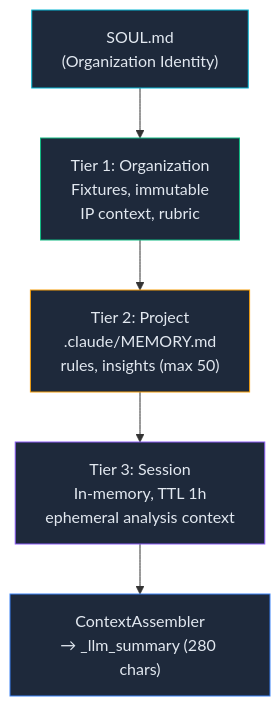
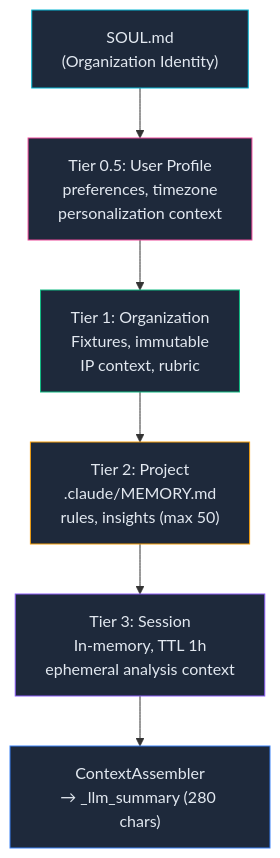
The ninth of 12 diagrams in README.md (mangowhoiscloud/geode), drawn with Mermaid before and after one commit. The commit also changed other lines of this file, not shown here.

Commit message:
docs: README Highlights 보강 + Mermaid 정합성 수정 (42 tools, 4-tier memory, Token Guard unlimited)

````diff
--- a/README.md
+++ b/README.md
@@ -357,13 +403,15 @@
 ```mermaid
 graph TB
-    Soul["SOUL.md<br/>(Organization Identity)"] --> Org["Tier 1: Organization<br/>Fixtures, immutable<br/>IP context, rubric"]
+    Soul["SOUL.md<br/>(Organization Identity)"] --> UProf["Tier 0.5: User Profile<br/>preferences, timezone<br/>personalization context"]
+    UProf --> Org["Tier 1: Organization<br/>Fixtures, immutable<br/>IP context, rubric"]
     Org --> Proj["Tier 2: Project<br/>.claude/MEMORY.md<br/>rules, insights (max 50)"]
     Proj --> Sess["Tier 3: Session<br/>In-memory, TTL 1h<br/>ephemeral analysis context"]
     Sess --> Asm["ContextAssembler<br/>→ _llm_summary (280 chars)"]
 
     style Soul fill:#1e293b,stroke:#06b6d4,color:#e2e8f0
+    style UProf fill:#1e293b,stroke:#ec4899,color:#e2e8f0
     style Org fill:#1e293b,stroke:#10b981,color:#e2e8f0
     style Proj fill:#1e293b,stroke:#f59e0b,color:#e2e8f0
     style Sess fill:#1e293b,stroke:#8b5cf6,color:#e2e8f0
     style Asm fill:#1e293b,stroke:#3b82f6,color:#e2e8f0
 ```
````
